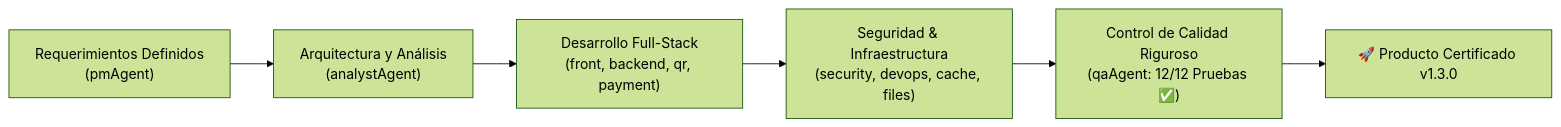
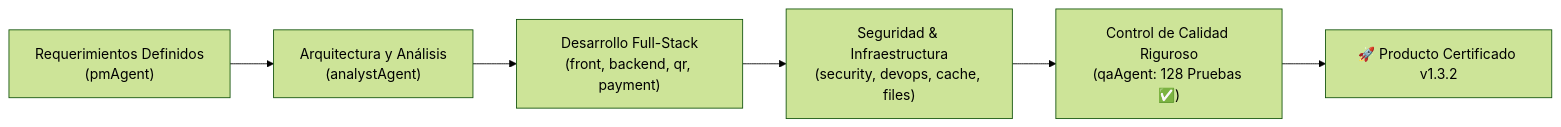
One commit to paolapaz202504/QRgenerator changed the diagram in PROJECT_STATUS_QRGENERATOR.md. Above: the diagram before and after it, drawn with Mermaid (forest theme). The commit also changed other lines of this file and 11 other files, not shown here.

````diff
--- a/PROJECT_STATUS_QRGENERATOR.md
+++ b/PROJECT_STATUS_QRGENERATOR.md
@@ -12,8 +12,8 @@
 ```mermaid
 flowchart LR
     A["Requerimientos Definidos\n(pmAgent)"] --> B["Arquitectura y Análisis\n(analystAgent)"]
     B --> C["Desarrollo Full-Stack\n(front, backend, qr, payment)"]
     C --> D["Seguridad & Infraestructura\n(security, devops, cache, files)"]
-    D --> E["Control de Calidad Riguroso\n(qaAgent: 12/12 Pruebas ✅)"]
-    E --> F["🚀 Producto Certificado v1.3.0"]
+    D --> E["Control de Calidad Riguroso\n(qaAgent: 128 Pruebas ✅)"]
+    E --> F["🚀 Producto Certificado v1.3.2"]
 ```
````
